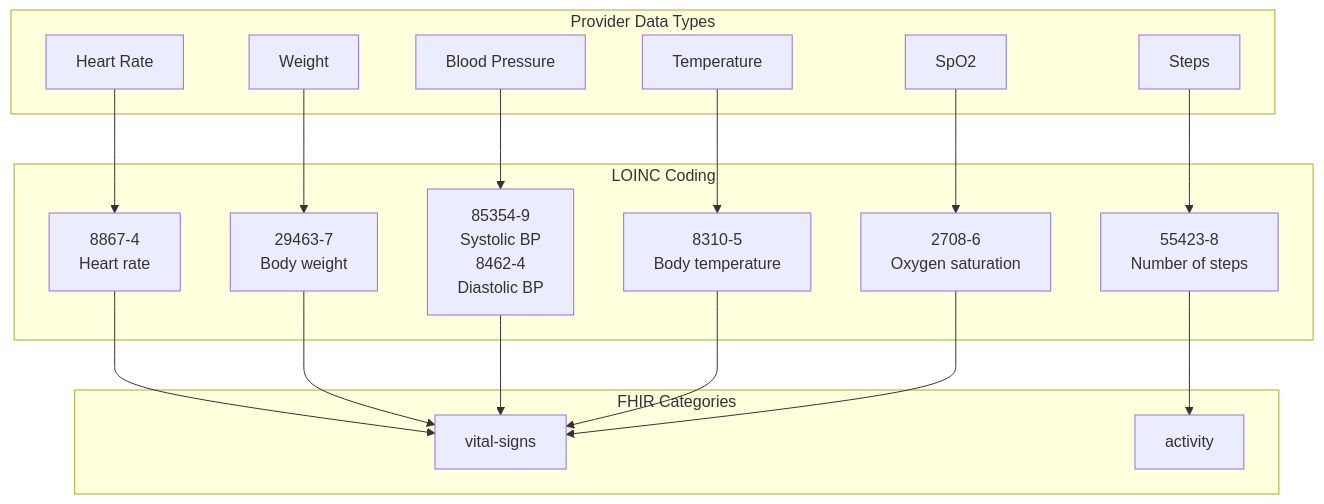
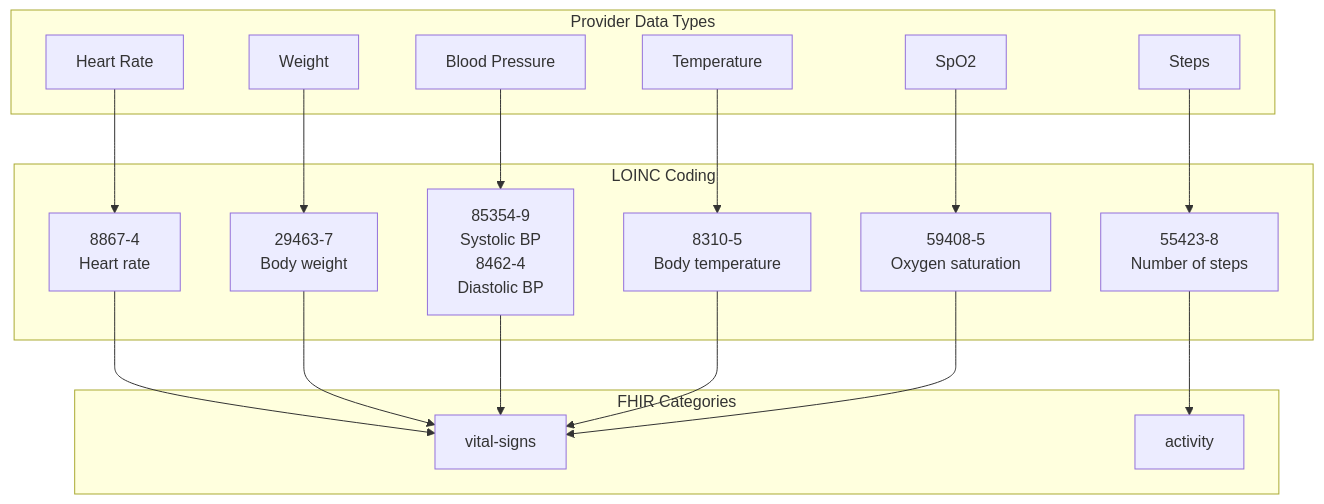
Before and after one commit to avimedical/Open-Health-Exchange: the third of 8 diagrams in docs/fhir-mappings.md, drawn with Mermaid. The commit also changed other lines of this file and 77 other files, not shown here.

````diff
--- a/docs/fhir-mappings.md
+++ b/docs/fhir-mappings.md
@@ -249,29 +249,29 @@
 ```mermaid
 graph TB
     subgraph "Provider Data Types"
         HR[Heart Rate]
         ST[Steps]
         WT[Weight]
         BP[Blood Pressure]
         TM[Temperature]
         SP[SpO2]
     end
 
     subgraph "LOINC Coding"
         HR --> L1[8867-4<br/>Heart rate]
         ST --> L2[55423-8<br/>Number of steps]
         WT --> L3[29463-7<br/>Body weight]
         BP --> L4[85354-9<br/>Systolic BP<br/>8462-4<br/>Diastolic BP]
         TM --> L5[8310-5<br/>Body temperature]
-        SP --> L6[2708-6<br/>Oxygen saturation]
+        SP --> L6[59408-5<br/>Oxygen saturation]
     end
 
     subgraph "FHIR Categories"
         L1 --> C1[vital-signs]
         L2 --> C2[activity]
         L3 --> C1
         L4 --> C1
         L5 --> C1
         L6 --> C1
     end
 ```
````
